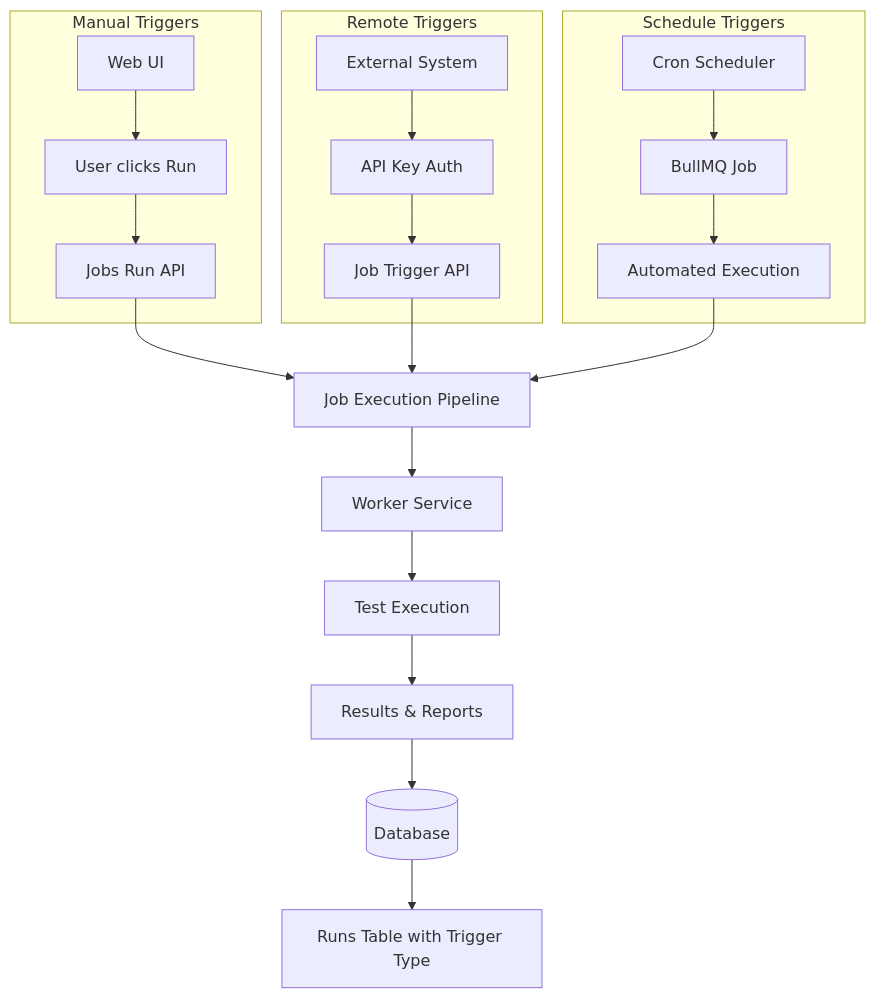
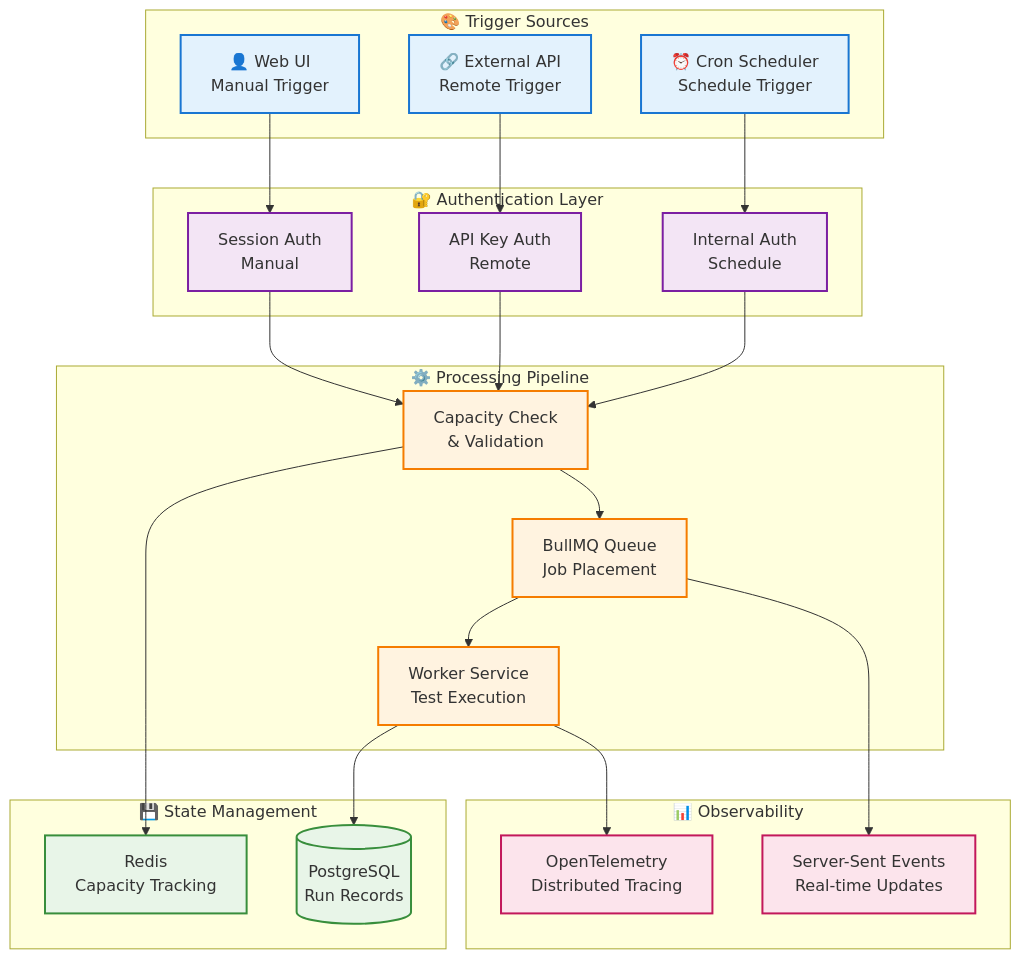
One commit to supercheck-io/supercheck changed the first of 12 diagrams in specs/JOB_TRIGGER_SYSTEM.md. Above: the diagram before and after it, drawn with Mermaid. The commit also changed other lines of this file, not shown here.

Commit message:
docs(specs): update JOB_TRIGGER_SYSTEM with comprehensive architecture diagrams

````diff
--- a/specs/JOB_TRIGGER_SYSTEM.md
+++ b/specs/JOB_TRIGGER_SYSTEM.md
@@ -22,25 +21,55 @@
 ```mermaid
 graph TB
-    subgraph "Manual Triggers"
-        A1[Web UI] --> A2[User clicks Run] --> A3["Jobs Run API"]
+    subgraph "🎨 Trigger Sources"
+        M1[👤 Web UI<br/>Manual Trigger]
+        R1[🔗 External API<br/>Remote Trigger]
+        S1[⏰ Cron Scheduler<br/>Schedule Trigger]
     end
-    
-    subgraph "Remote Triggers"
-        B1[External System] --> B2[API Key Auth] --> B3["Job Trigger API"]
+
+    subgraph "🔐 Authentication Layer"
+        AUTH1[Session Auth<br/>Manual]
+        AUTH2[API Key Auth<br/>Remote]
+        AUTH3[Internal Auth<br/>Schedule]
     end
-    
-    subgraph "Schedule Triggers"
-        C1[Cron Scheduler] --> C2[BullMQ Job] --> C3[Automated Execution]
+
+    subgraph "⚙️ Processing Pipeline"
+        VALIDATE[Capacity Check<br/>& Validation]
+        QUEUE[BullMQ Queue<br/>Job Placement]
+        WORKER[Worker Service<br/>Test Execution]
     end
-    
-    A3 --> D1[Job Execution Pipeline]
-    B3 --> D1
-    C3 --> D1
-    
-    D1 --> E1[Worker Service]
-    E1 --> F1[Test Execution]
-    F1 --> G1[Results & Reports]
-    
-    G1 --> H1[(Database)]
-    H1 --> I1[Runs Table with Trigger Type]
+
+    subgraph "💾 State Management"
+        DB[(PostgreSQL<br/>Run Records)]
+        CACHE[Redis<br/>Capacity Tracking]
+    end
+
+    subgraph "📊 Observability"
+        OTEL[OpenTelemetry<br/>Distributed Tracing]
+        SSE[Server-Sent Events<br/>Real-time Updates]
+    end
+
+    M1 --> AUTH1
+    R1 --> AUTH2
+    S1 --> AUTH3
+
+    AUTH1 & AUTH2 & AUTH3 --> VALIDATE
+    VALIDATE --> CACHE
+    VALIDATE --> QUEUE
+    QUEUE --> WORKER
+
+    WORKER --> DB
+    WORKER --> OTEL
+    QUEUE --> SSE
+
+    classDef source fill:#e3f2fd,stroke:#1976d2,stroke-width:2px
+    classDef auth fill:#f3e5f5,stroke:#7b1fa2,stroke-width:2px
+    classDef process fill:#fff3e0,stroke:#f57c00,stroke-width:2px
+    classDef data fill:#e8f5e8,stroke:#388e3c,stroke-width:2px
+    classDef obs fill:#fce4ec,stroke:#c2185b,stroke-width:2px
+
+    class M1,R1,S1 source
+    class AUTH1,AUTH2,AUTH3 auth
+    class VALIDATE,QUEUE,WORKER process
+    class DB,CACHE data
+    class OTEL,SSE obs
 ```
````
